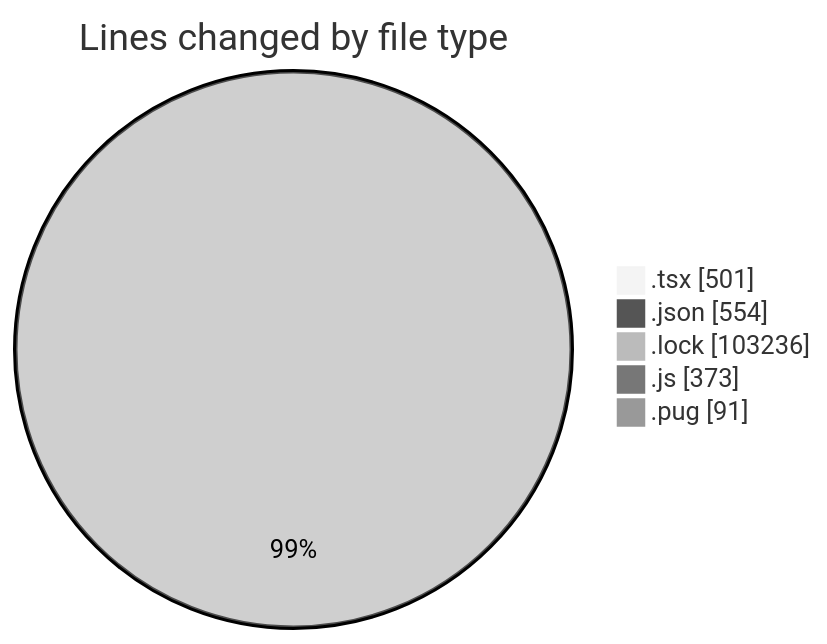
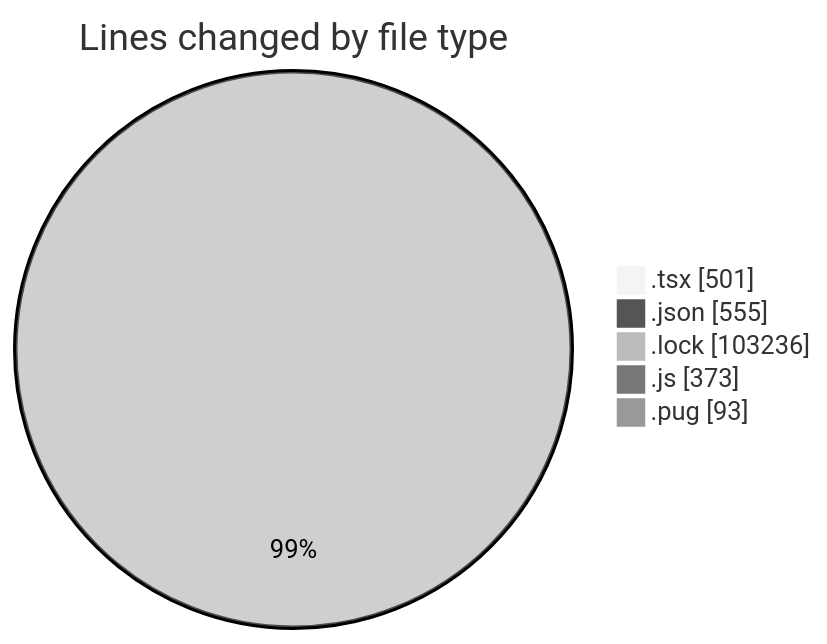
Before and after one commit to momahboobian/code-tracking: the first of 2 diagrams in 2025-03-10/cda/README.md, drawn with Mermaid (neutral theme). The commit also changed other lines of this file and 1 other file, not shown here.

````diff
--- a/2025-03-10/cda/README.md
+++ b/2025-03-10/cda/README.md
@@ -45,9 +45,9 @@
 ```mermaid
 pie showData
 title Lines changed by file type
 ".tsx" : 501
-".json" : 554
+".json" : 555
 ".lock" : 103236
 ".js" : 373
-".pug" : 91
+".pug" : 93
 ```
````
